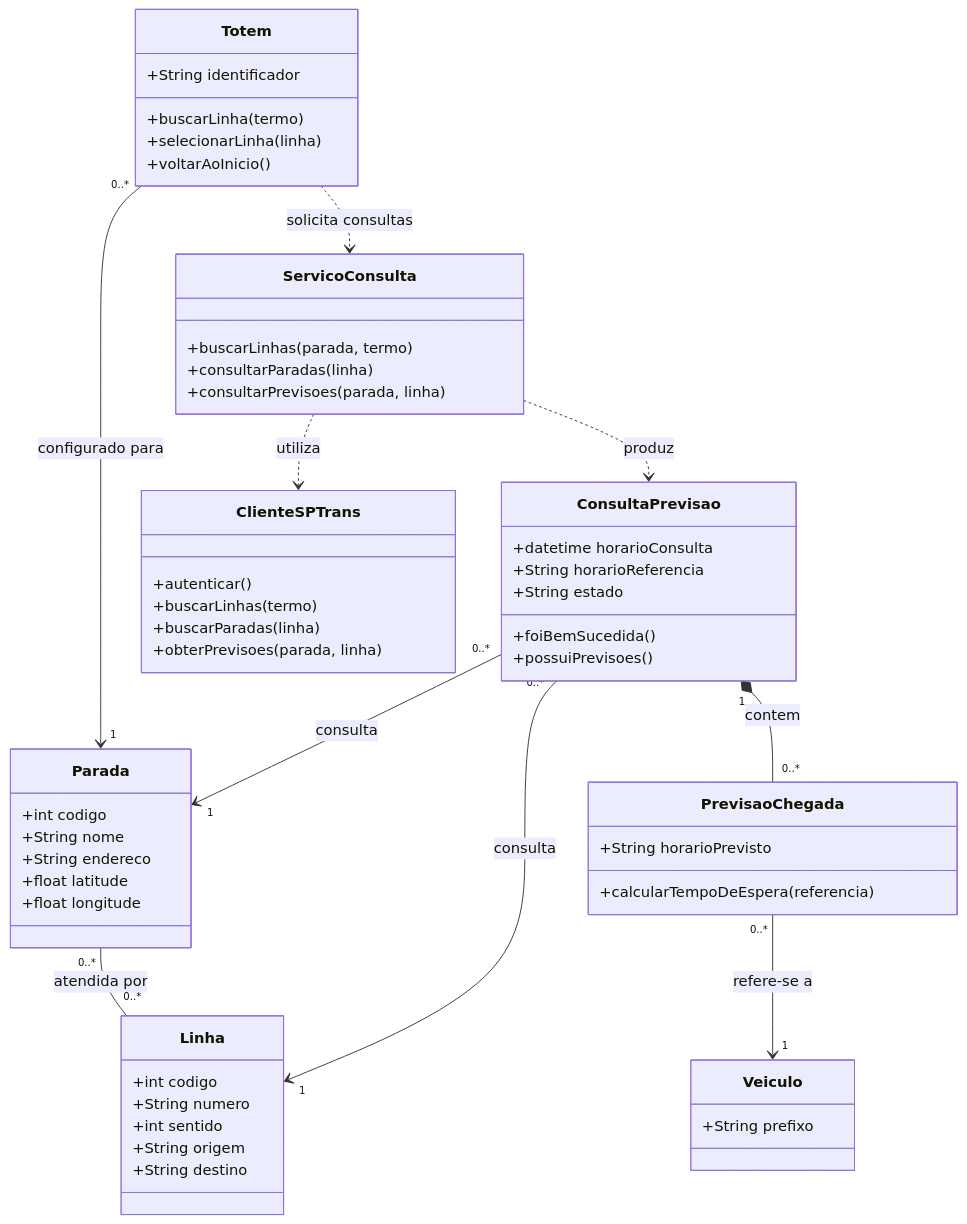
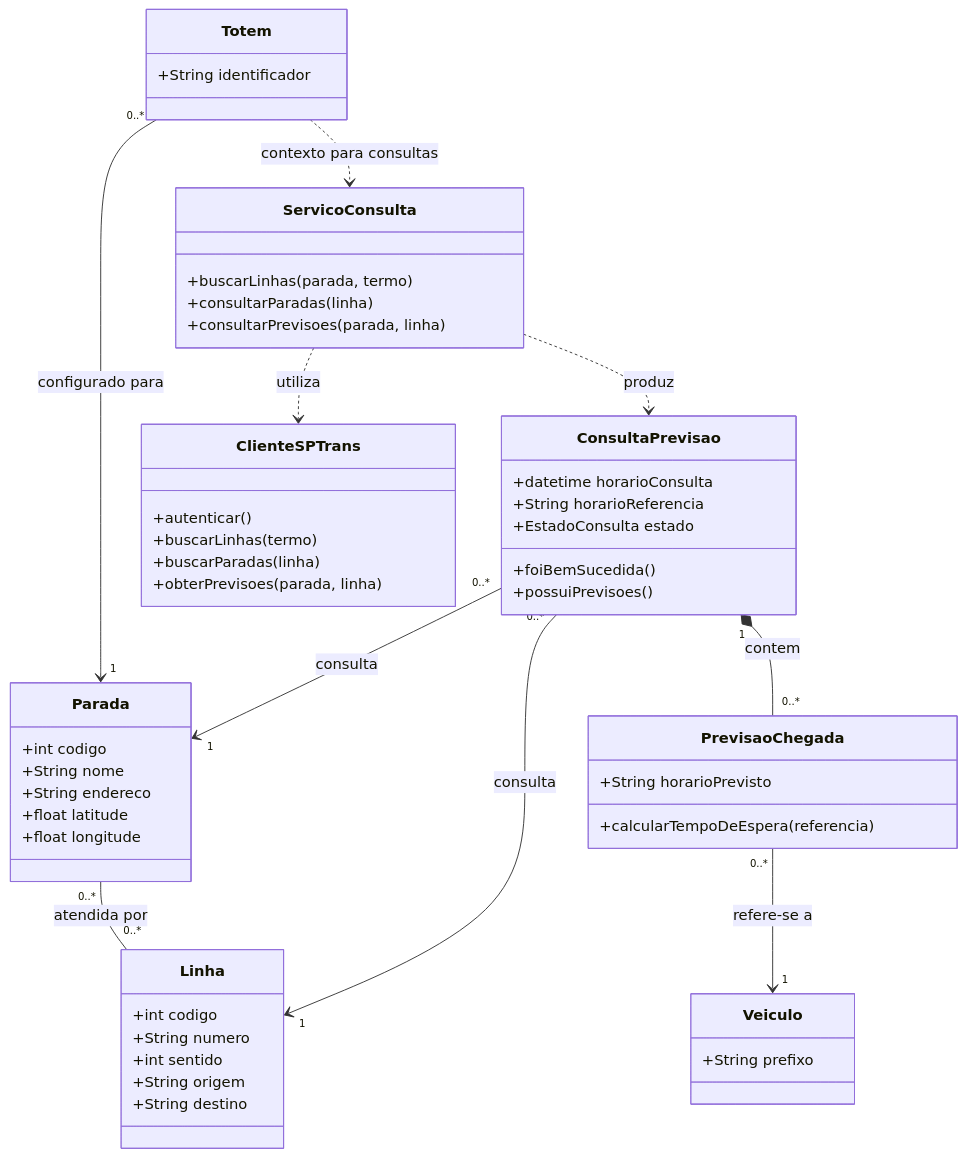
The diagram in docs/produto/diagrama-de-classes.md (LoserManos/ViaSP), drawn with Mermaid before and after one commit. The commit also changed other lines of this file and 4 other files, not shown here.

````diff
--- a/docs/produto/diagrama-de-classes.md
+++ b/docs/produto/diagrama-de-classes.md
@@ -5,58 +5,55 @@
 ```mermaid
 classDiagram
     class Totem {
         +String identificador
-        +buscarLinha(termo)
-        +selecionarLinha(linha)
-        +voltarAoInicio()
     }
     class ServicoConsulta {
         +buscarLinhas(parada, termo)
         +consultarParadas(linha)
         +consultarPrevisoes(parada, linha)
     }
     class ClienteSPTrans {
         +autenticar()
         +buscarLinhas(termo)
         +buscarParadas(linha)
         +obterPrevisoes(parada, linha)
     }
     class Parada {
         +int codigo
         +String nome
         +String endereco
         +float latitude
         +float longitude
     }
     class Linha {
         +int codigo
         +String numero
         +int sentido
         +String origem
         +String destino
     }
     class ConsultaPrevisao {
         +datetime horarioConsulta
         +String horarioReferencia
-        +String estado
+        +EstadoConsulta estado
         +foiBemSucedida()
         +possuiPrevisoes()
     }
     class PrevisaoChegada {
         +String horarioPrevisto
         +calcularTempoDeEspera(referencia)
     }
     class Veiculo {
         +String prefixo
     }
 
     Totem "0..*" --> "1" Parada : configurado para
     Parada "0..*" -- "0..*" Linha : atendida por
-    Totem ..> ServicoConsulta : solicita consultas
+    Totem ..> ServicoConsulta : contexto para consultas
     ServicoConsulta ..> ClienteSPTrans : utiliza
     ServicoConsulta ..> ConsultaPrevisao : produz
     ConsultaPrevisao "0..*" --> "1" Parada : consulta
     ConsultaPrevisao "0..*" --> "1" Linha : consulta
     ConsultaPrevisao "1" *-- "0..*" PrevisaoChegada : contem
     PrevisaoChegada "0..*" --> "1" Veiculo : refere-se a
 ```
````
